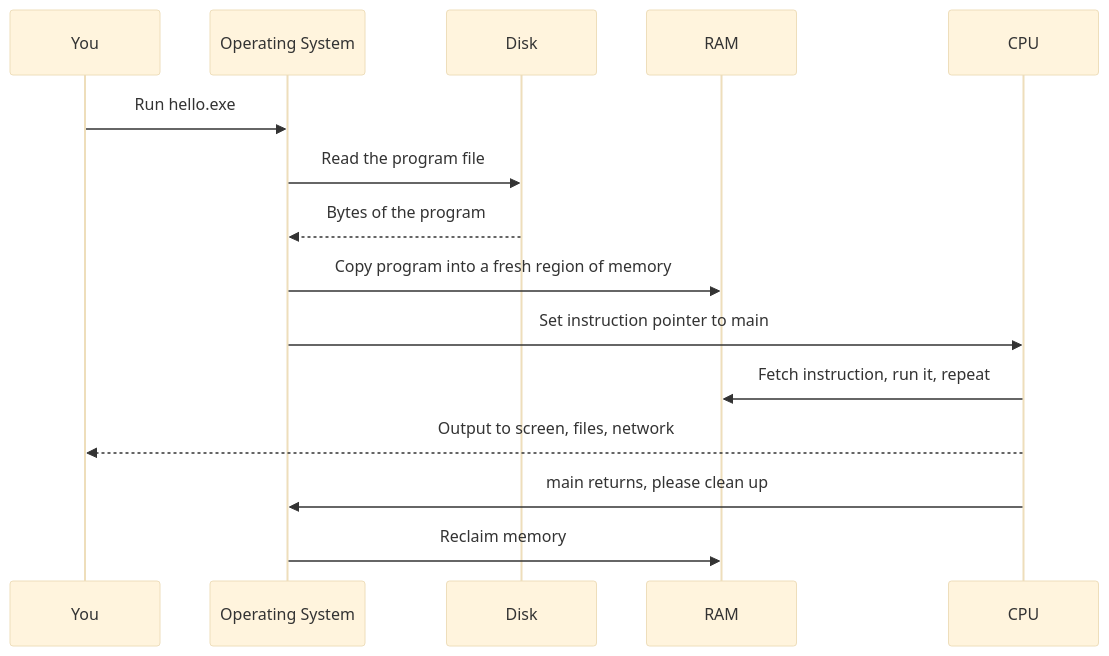
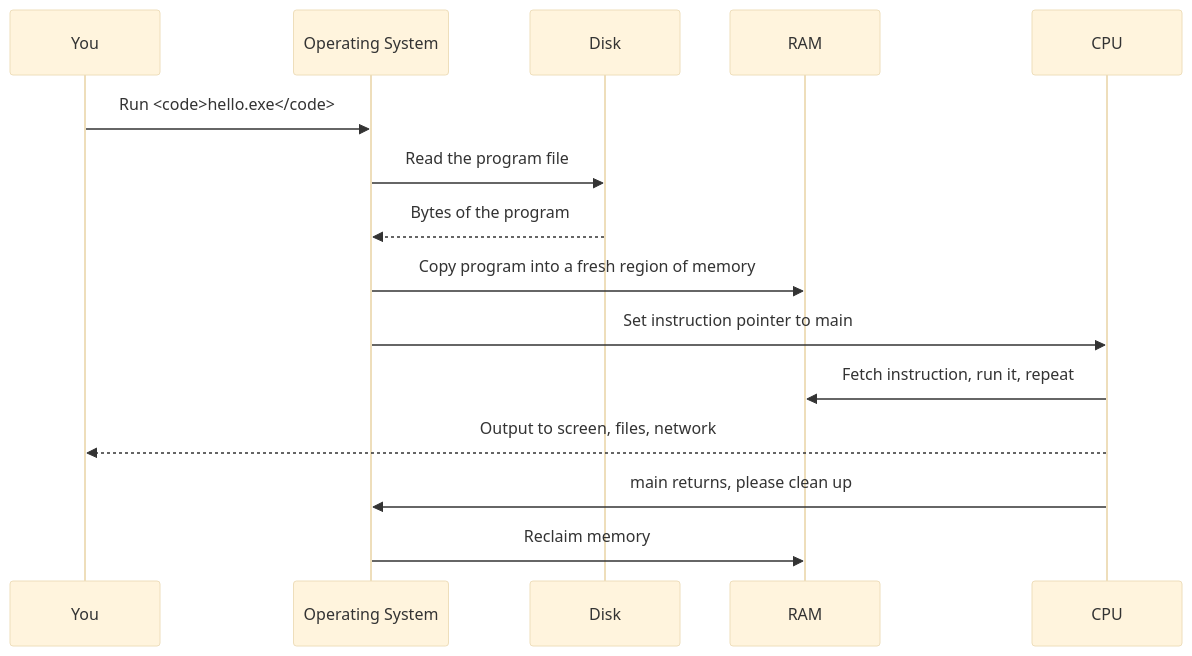
One commit to dataslope/dataslope changed the fourth of 4 diagrams in content/courses/from-zero-to-cpp/how-computers-execute.mdx. Above: the diagram before and after it, drawn with Mermaid (base theme). The commit also changed 65 other files, not shown here.

First line of the commit message:
Set code in every mermaid label in the mono face

````diff
--- a/content/courses/from-zero-to-cpp/how-computers-execute.mdx
+++ b/content/courses/from-zero-to-cpp/how-computers-execute.mdx
@@ -144,17 +144,17 @@
 ```mermaid
 sequenceDiagram
     participant U as You
     participant OS as Operating System
     participant Disk as Disk
     participant Mem as RAM
     participant CPU
-    U->>OS: Run hello.exe
+    U->>OS: Run <code>hello.exe</code>
     OS->>Disk: Read the program file
     Disk-->>OS: Bytes of the program
     OS->>Mem: Copy program into a fresh region of memory
     OS->>CPU: Set instruction pointer to main
     CPU->>Mem: Fetch instruction, run it, repeat
     CPU-->>U: Output to screen, files, network
     CPU->>OS: main returns, please clean up
     OS->>Mem: Reclaim memory
 ```
````
